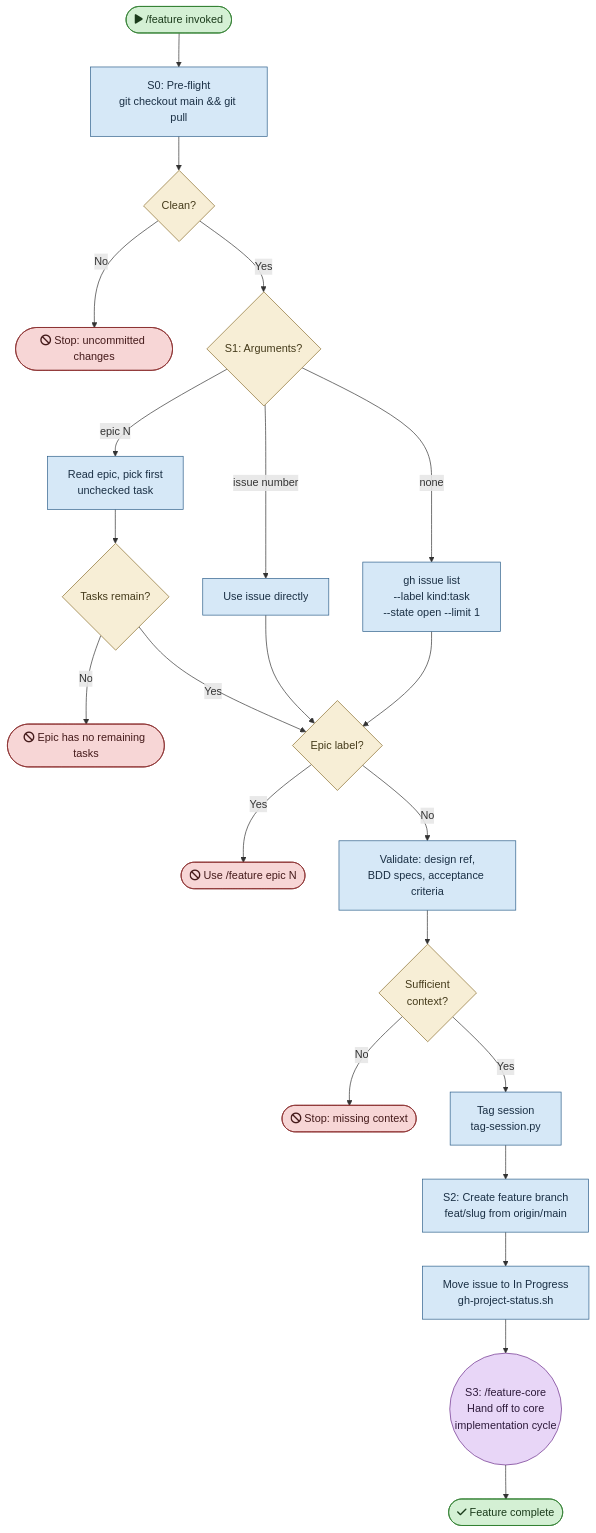
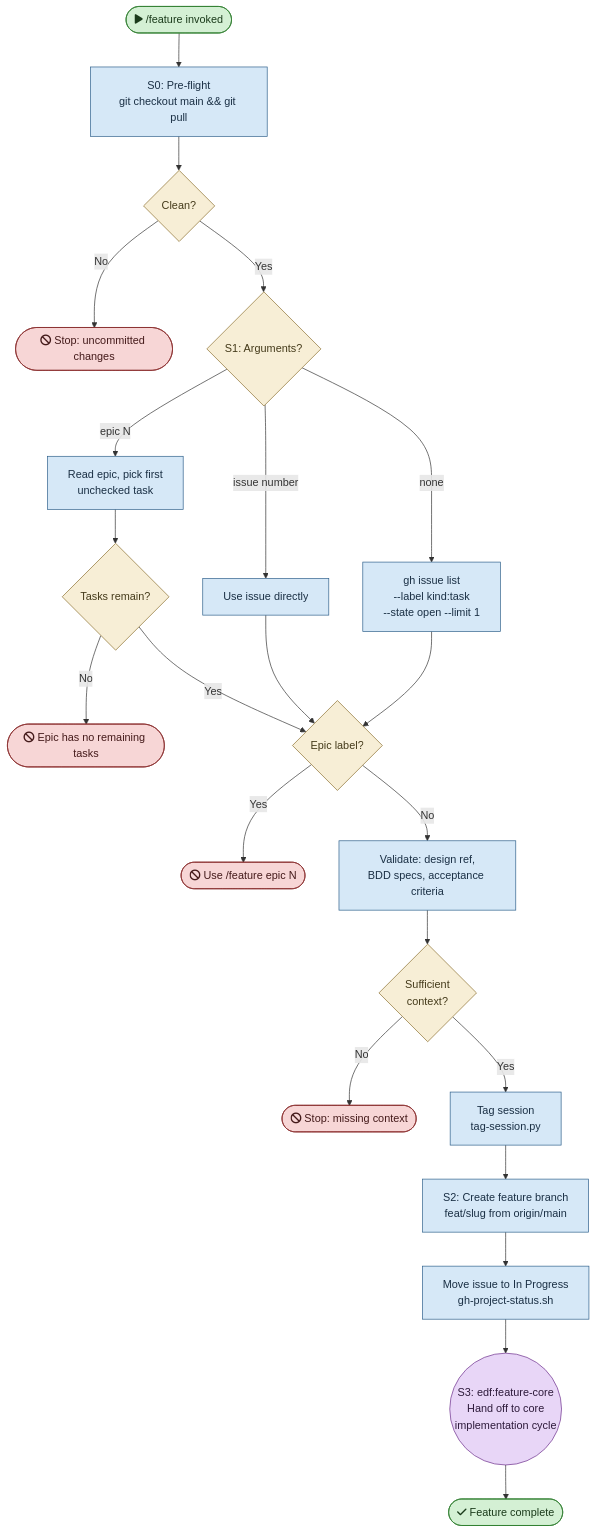
Before and after one commit to mironyx/engineering-delivery-framework: the diagram in plugins/edf/skills/feature/flowchart.md, drawn with Mermaid. The commit also changed other lines of this file and 23 other files, not shown here.

First line of the commit message:
fix: add missing edf: prefix to cross-skill references across SKILL.md and flowchart.md files

````diff
--- a/plugins/edf/skills/feature/flowchart.md
+++ b/plugins/edf/skills/feature/flowchart.md
@@ -5,44 +5,44 @@
 ```mermaid
 flowchart TD
     START(["fa:fa-play /feature invoked"]) --> S0
 
     S0["S0: Pre-flight<br/>git checkout main && git pull"] --> S0_CHK{"Clean?"}
     S0_CHK -->|"No"| STOP_DIRTY(["fa:fa-ban Stop: uncommitted changes"])
     S0_CHK -->|"Yes"| S1
 
     S1{"S1: Arguments?"} -->|"epic N"| S1_EPIC["Read epic, pick first<br/>unchecked task"]
     S1 -->|"issue number"| S1_DIRECT["Use issue directly"]
     S1 -->|"none"| S1_TOP["gh issue list<br/>--label kind:task<br/>--state open --limit 1"]
 
     S1_EPIC --> S1_EMPTY{"Tasks remain?"}
     S1_EMPTY -->|"No"| STOP_EPIC_DONE(["fa:fa-ban Epic has no remaining tasks"])
     S1_EMPTY -->|"Yes"| S1_GUARD
     S1_DIRECT --> S1_GUARD
     S1_TOP --> S1_GUARD
 
     S1_GUARD{"Epic label?"} -->|"Yes"| STOP_EPIC(["fa:fa-ban Use /feature epic N"])
     S1_GUARD -->|"No"| S1_VALIDATE["Validate: design ref,<br/>BDD specs, acceptance criteria"]
     S1_VALIDATE --> S1_VALIDATE_CHK{"Sufficient<br/>context?"}
     S1_VALIDATE_CHK -->|"No"| STOP_CONTEXT(["fa:fa-ban Stop: missing context"])
     S1_VALIDATE_CHK -->|"Yes"| S1_TAG["Tag session<br/>tag-session.py"]
 
     S1_TAG --> S2["S2: Create feature branch<br/>feat/slug from origin/main"]
     S2 --> S2_BOARD["Move issue to In Progress<br/>gh-project-status.sh"]
 
-    S2_BOARD --> S3(("S3: /feature-core<br/>Hand off to core<br/>implementation cycle"))
+    S2_BOARD --> S3(("S3: edf:feature-core<br/>Hand off to core<br/>implementation cycle"))
 
     S3 --> DONE(["fa:fa-check Feature complete"])
 
     %% ── Styles ──
     classDef startend fill:#d4f0d4,stroke:#2d7d2d,color:#1a3a1a
     classDef process fill:#d6e8f7,stroke:#2d5f8a,color:#1a2f44
     classDef agent fill:#e8d6f7,stroke:#6b2d8a,color:#2d1a3a
     classDef decision fill:#f7eed6,stroke:#8a6d2d,color:#443a1a
     classDef stop fill:#f7d6d6,stroke:#8a2d2d,color:#441a1a
 
     class START,DONE startend
     class S0,S1_EPIC,S1_DIRECT,S1_TOP,S1_VALIDATE,S1_TAG,S2,S2_BOARD process
     class S3 agent
     class S0_CHK,S1,S1_EMPTY,S1_GUARD,S1_VALIDATE_CHK decision
     class STOP_DIRTY,STOP_EPIC_DONE,STOP_EPIC,STOP_CONTEXT stop
 ```
````
